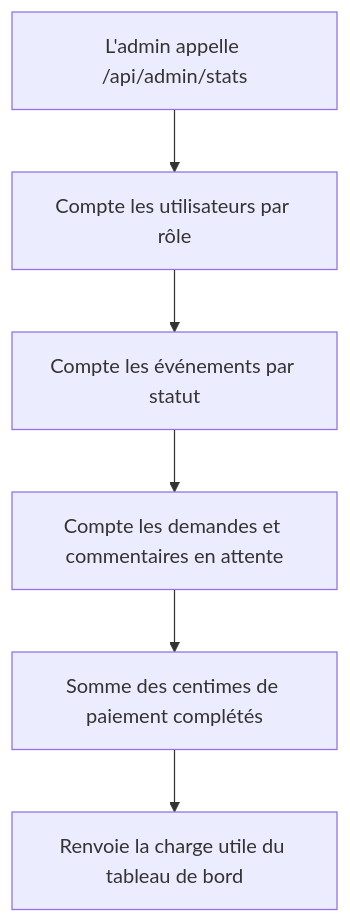
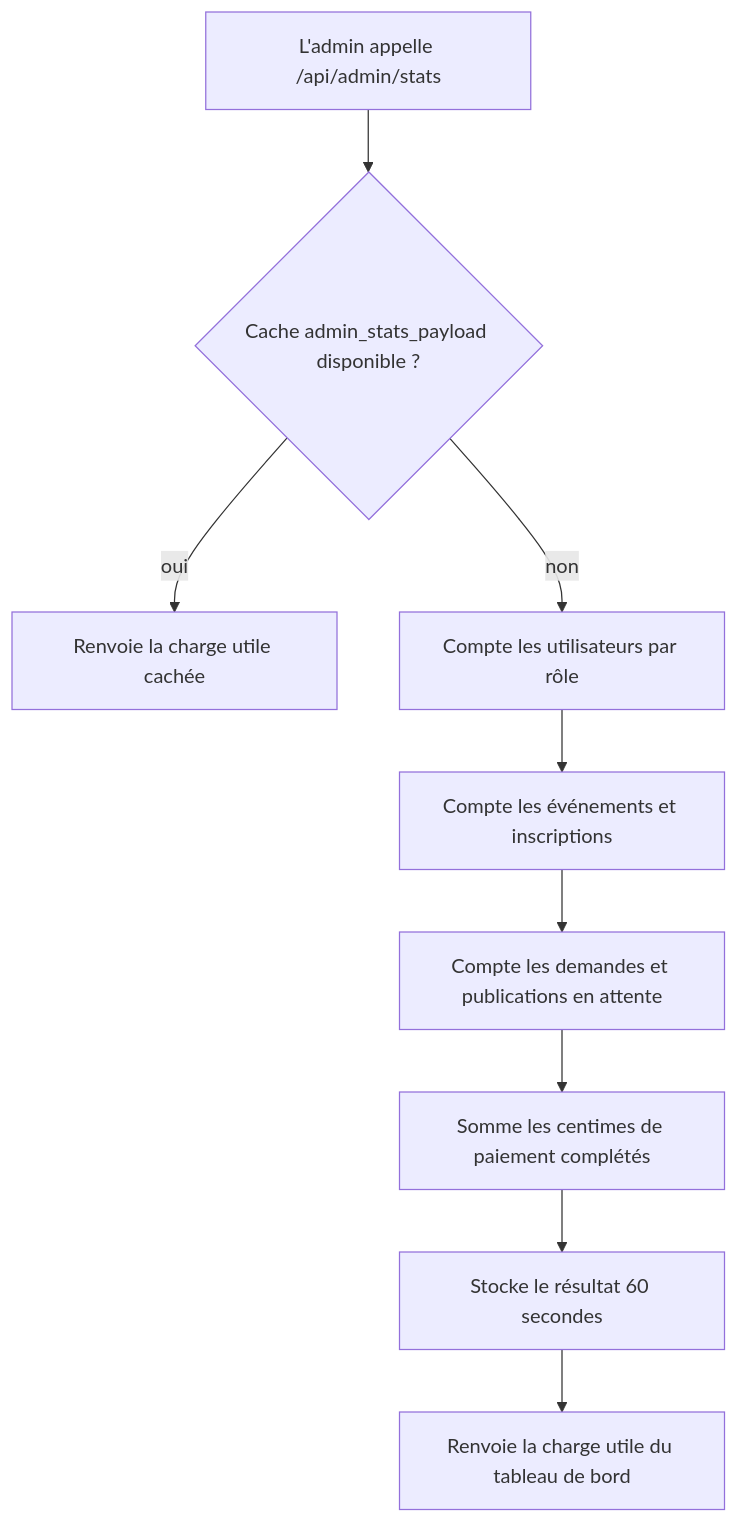
Diagram 30 of 34 in backend/docs/uml/workflows.md (HOUDAZ011100100/SecRet-cms), drawn with Mermaid before and after one commit. The commit also changed other lines of this file and 27 other files, not shown here.

````diff
--- a/backend/docs/uml/workflows.md
+++ b/backend/docs/uml/workflows.md
@@ -701,8 +708,11 @@
 ```mermaid
 flowchart TD
-    A[L'admin appelle /api/admin/stats] --> B[Compte les utilisateurs par rôle]
-    B --> C[Compte les événements par statut]
-    C --> D[Compte les demandes et commentaires en attente]
-    D --> E[Somme des centimes de paiement complétés]
-    E --> F[Renvoie la charge utile du tableau de bord]
+    A[L'admin appelle /api/admin/stats] --> B{Cache admin_stats_payload disponible ?}
+    B -- oui --> C[Renvoie la charge utile cachée]
+    B -- non --> D[Compte les utilisateurs par rôle]
+    D --> E[Compte les événements et inscriptions]
+    E --> F[Compte les demandes et publications en attente]
+    F --> G[Somme les centimes de paiement complétés]
+    G --> H[Stocke le résultat 60 secondes]
+    H --> I[Renvoie la charge utile du tableau de bord]
 ```
````
